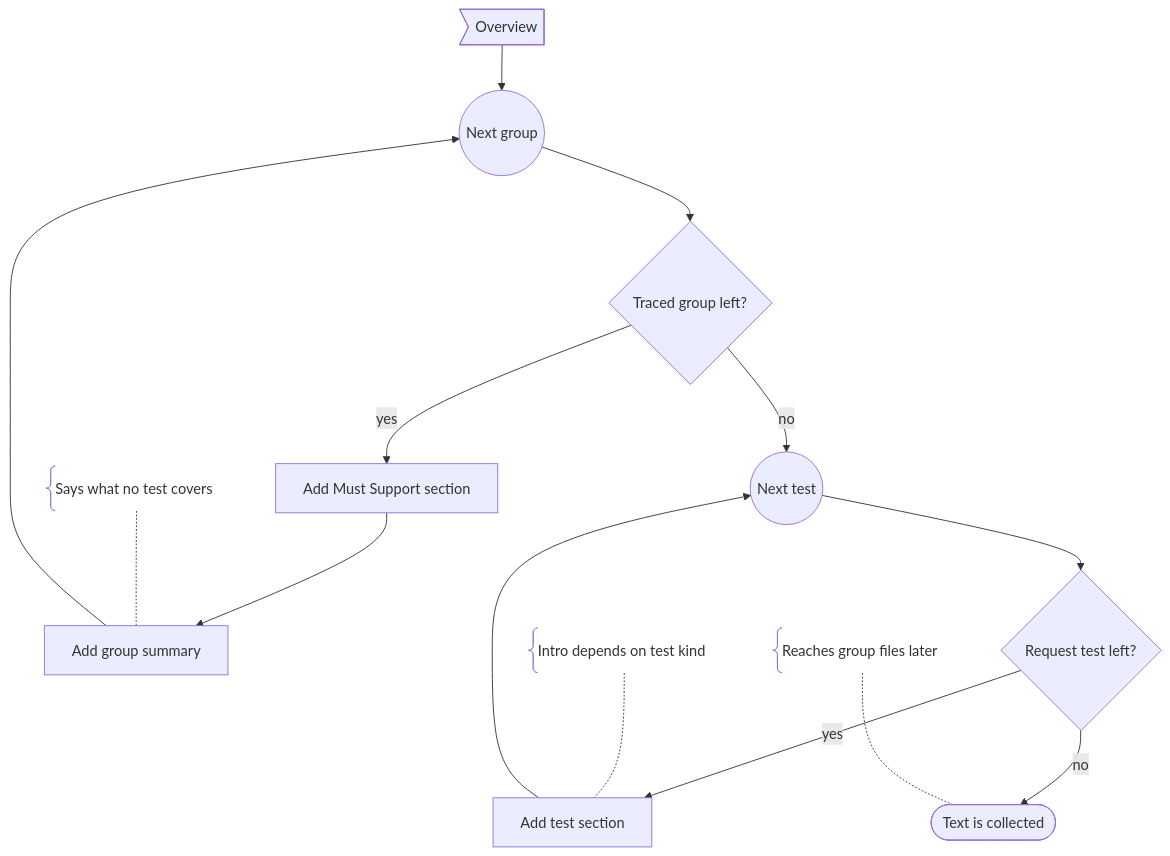
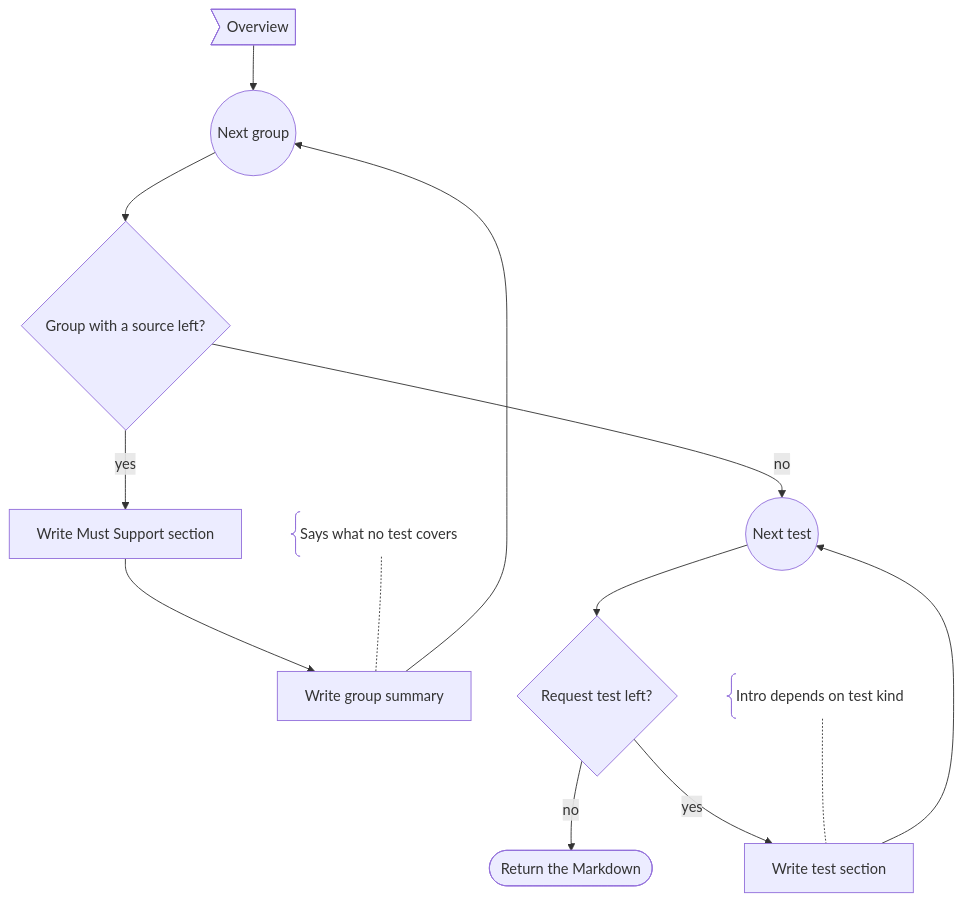
Before and after one commit to hl7au/inferno_suite_generator: the third of 5 diagrams in documentation/questionnaire_usage_tracing.md, drawn with Mermaid. The commit also changed other lines of this file and 28 other files, not shown here.

````diff
--- a/documentation/questionnaire_usage_tracing.md
+++ b/documentation/questionnaire_usage_tracing.md
@@ -148,28 +114,26 @@
 ```mermaid
 flowchart TD
     n0>"Overview"]
     n1(("Next group"))
-    n2{"Traced group left?"}
-    n3["Add Must Support section"]
-    n4["Add group summary"]
+    n2{"Group with a source left?"}
+    n3["Write Must Support section"]
+    n4["Write group summary"]
     n5(("Next test"))
     n6{"Request test left?"}
-    n7["Add test section"]
-    n8(["Text is collected"])
+    n7["Write test section"]
+    n8(["Return the Markdown"])
     n9@{ shape: brace, label: "Says what no test covers" }
     n10@{ shape: brace, label: "Intro depends on test kind" }
-    n11@{ shape: brace, label: "Reaches group files later" }
     n0 --> n1
     n1 --> n2
     n2 -->|"yes"| n3
     n2 -->|"no"| n5
     n3 --> n4
     n4 --> n1
     n5 --> n6
     n6 -->|"yes"| n7
     n6 -->|"no"| n8
     n7 --> n5
     n9 -.- n4
     n10 -.- n7
-    n11 -.- n8
 ```
````
